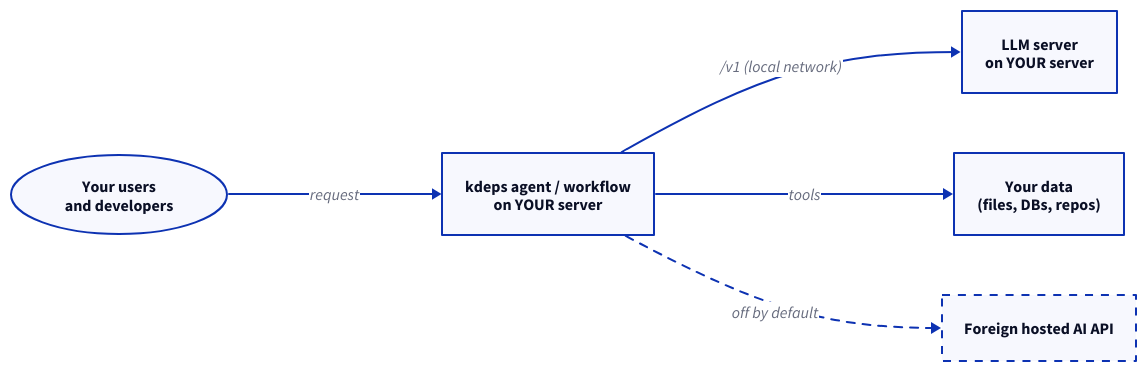
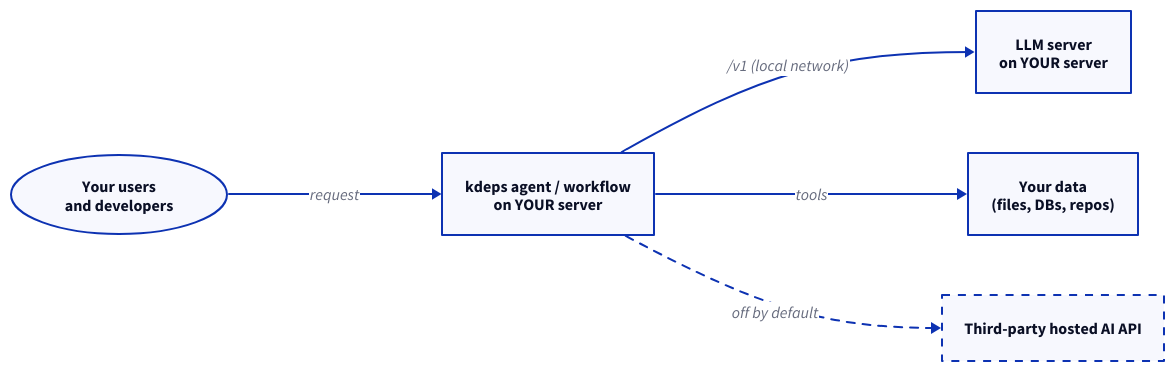
Before and after one commit to kdeps/kdeps: the diagram in docs/v2/start/data-sovereignty.md, drawn with D2. The commit also changed other lines of this file and 99 other files, not shown here.

````diff
--- a/docs/v2/start/data-sovereignty.md
+++ b/docs/v2/start/data-sovereignty.md
@@ -16,14 +14,14 @@
 ```d2
 direction: right
 
 U: "Your users\nand developers" {shape: oval}
 A: "kdeps agent / workflow\non YOUR server"
 L: "LLM server\non YOUR server"
 D: "Your data\n(files, DBs, repos)"
-X: "Foreign hosted AI API" {style.stroke-dash: 4}
+X: "Third-party hosted AI API" {style.stroke-dash: 4}
 
 U -> A: request
 A -> L: "/v1 (local network)"
 A -> D: tools
 A -> X: "off by default" {style.stroke-dash: 4}
 ```
````
